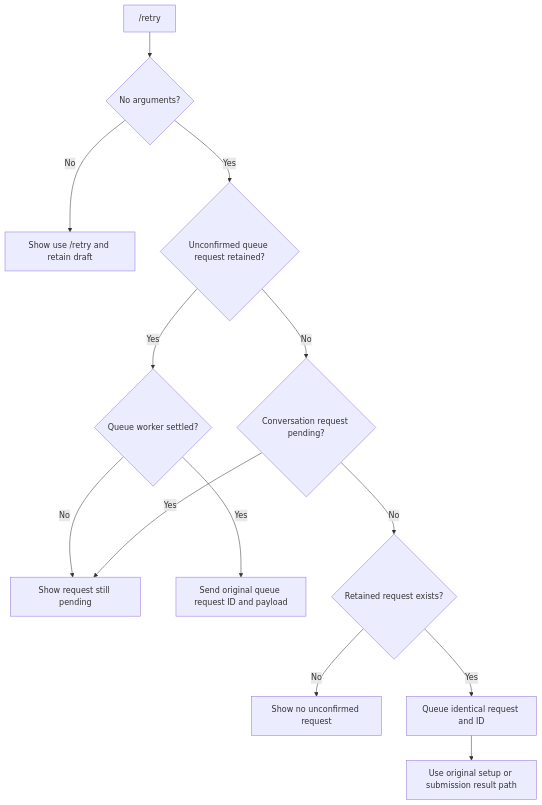
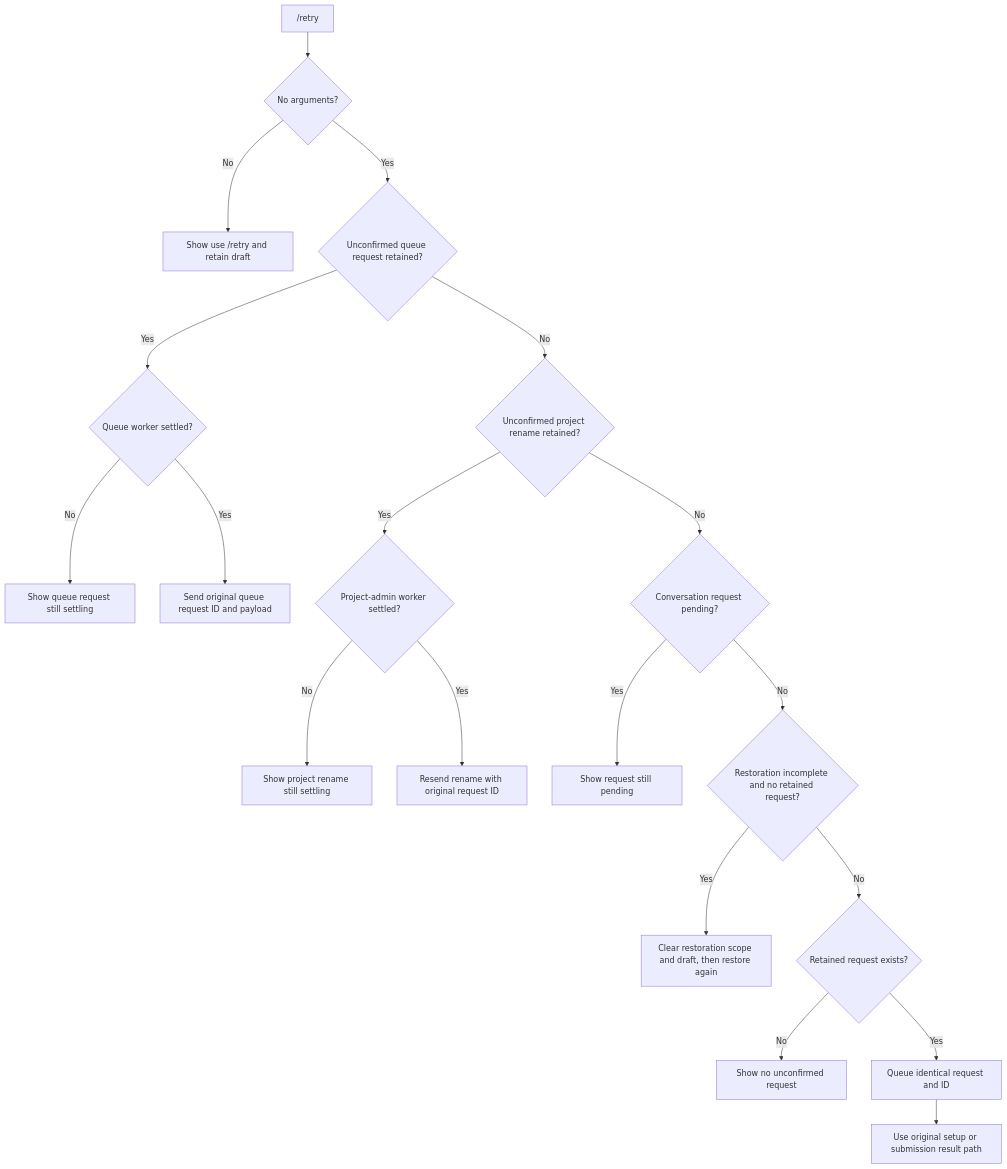
Diagram 13 of 17 in docs/designs/command-flows.md (pidster/asura), drawn with Mermaid before and after one commit. The commit also changed other lines of this file and 22 other files, not shown here.

````diff
--- a/docs/designs/command-flows.md
+++ b/docs/designs/command-flows.md
@@ -406,15 +411,21 @@
 ```mermaid
 flowchart TD
     Retry["/retry"] --> RetryArity{"No arguments?"}
     RetryArity -->|No| RetryUsage["Show use /retry and retain draft"]
     RetryArity -->|Yes| QueueRetry{"Unconfirmed queue request retained?"}
     QueueRetry -->|Yes| QueueSlot{"Queue worker settled?"}
-    QueueSlot -->|No| Wait
+    QueueSlot -->|No| QueueWait["Show queue request still settling"]
     QueueSlot -->|Yes| QueueSend["Send original queue request ID and payload"]
-    QueueRetry -->|No| Busy{"Conversation request pending?"}
+    QueueRetry -->|No| RenameRetry{"Unconfirmed project rename retained?"}
+    RenameRetry -->|Yes| RenameSlot{"Project-admin worker settled?"}
+    RenameSlot -->|No| RenameWait["Show project rename still settling"]
+    RenameSlot -->|Yes| RenameSend["Resend rename with original request ID"]
+    RenameRetry -->|No| Busy{"Conversation request pending?"}
     Busy -->|Yes| Wait["Show request still pending"]
-    Busy -->|No| Retained{"Retained request exists?"}
+    Busy -->|No| Restore{"Restoration incomplete and no retained request?"}
+    Restore -->|Yes| RestoreAgain["Clear restoration scope and draft, then restore again"]
+    Restore -->|No| Retained{"Retained request exists?"}
     Retained -->|No| None["Show no unconfirmed request"]
     Retained -->|Yes| Send["Queue identical request and ID"]
     Send --> Result["Use original setup or submission result path"]
 ```
````
